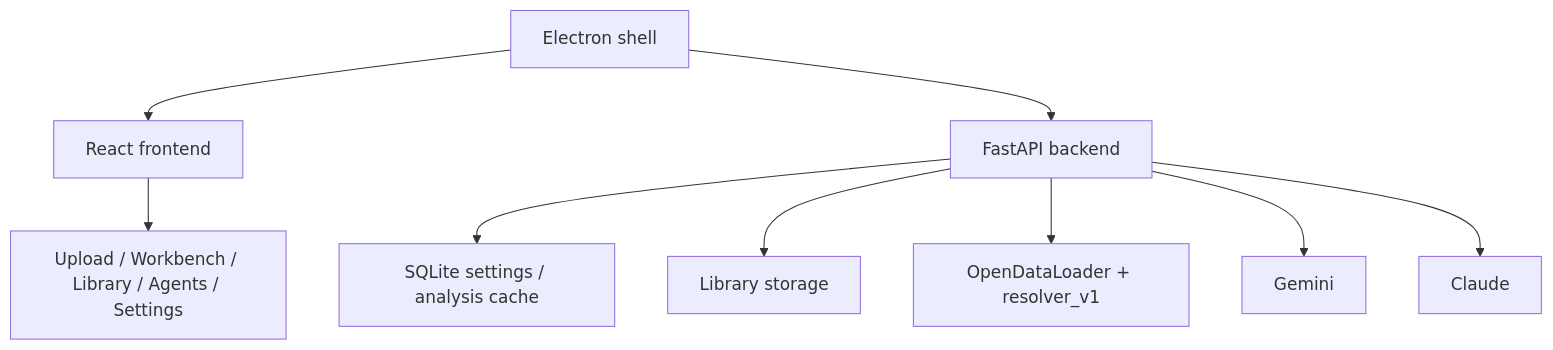
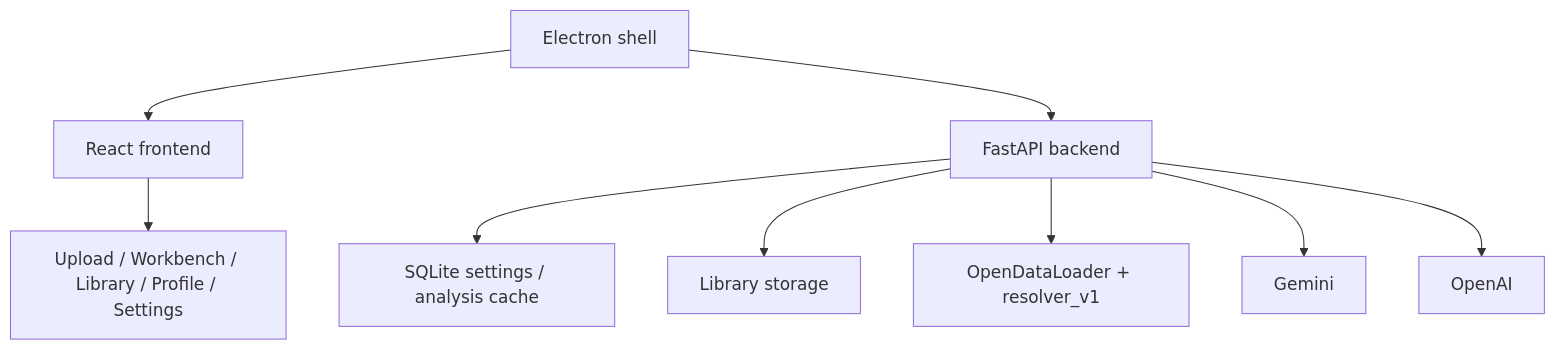
Before and after one commit to dosigner/sasoo: the second of 2 diagrams in README.md, drawn with Mermaid. The commit also changed other lines of this file and 15 other files, not shown here.

````diff
--- a/README.md
+++ b/README.md
@@ -163,11 +175,11 @@
 ```mermaid
 flowchart TB
     A["Electron shell"] --> B["React frontend"]
     A --> C["FastAPI backend"]
     C --> D["SQLite settings / analysis cache"]
     C --> E["Library storage"]
     C --> F["OpenDataLoader + resolver_v1"]
     C --> G["Gemini"]
-    C --> H["Claude"]
-    B --> I["Upload / Workbench / Library / Agents / Settings"]
+    C --> H["OpenAI"]
+    B --> I["Upload / Workbench / Library / Profile / Settings"]
 ```
````
